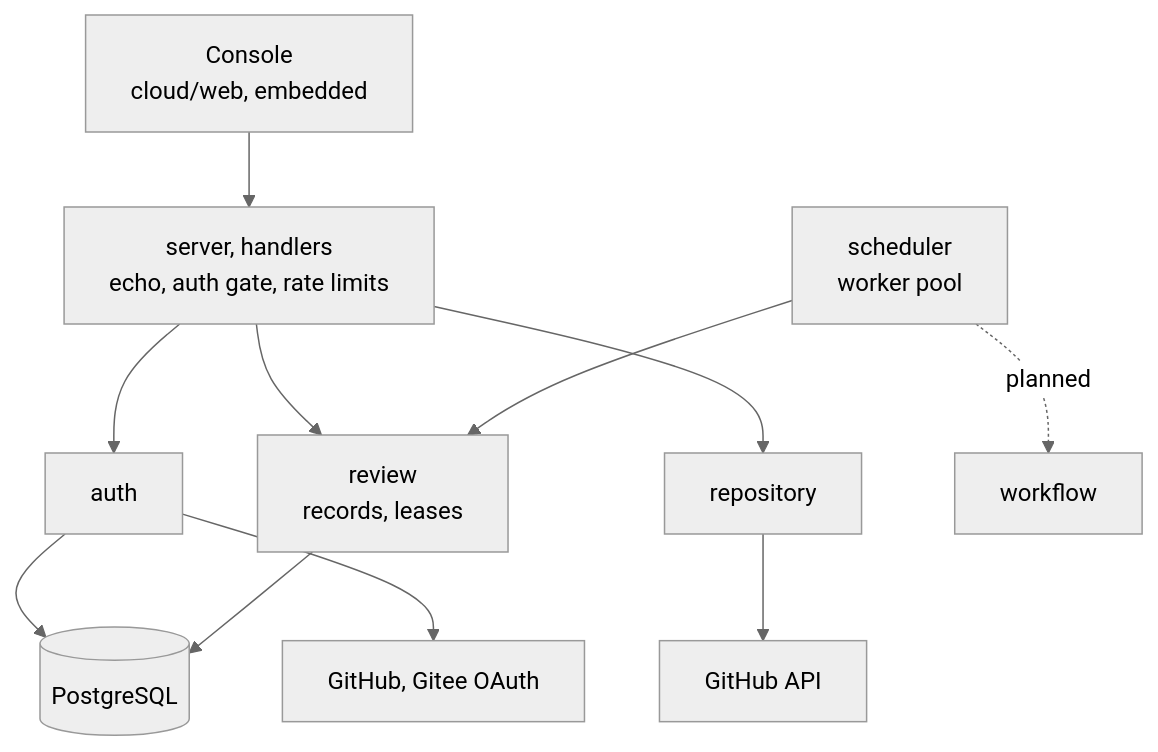
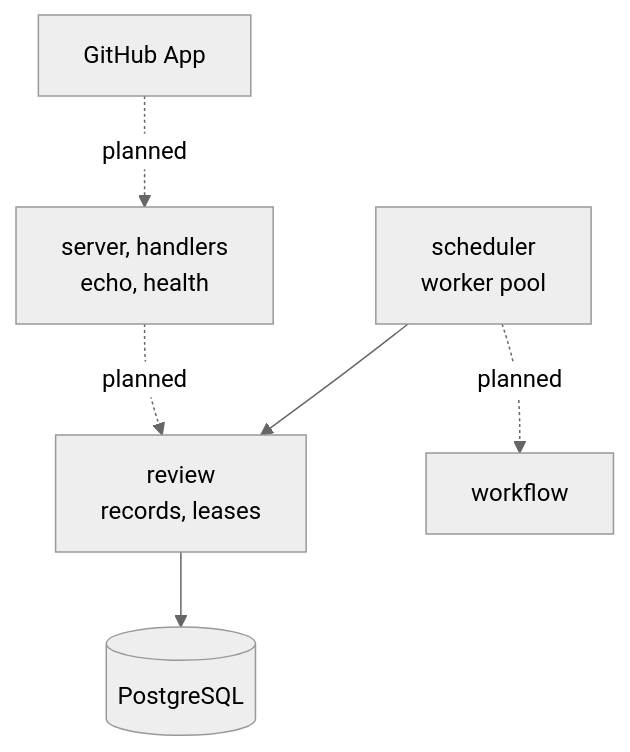
The first of 3 diagrams in docs/cloud/SERVER.md (Pleasurecruise/eyeful), drawn with Mermaid (neutral theme) before and after one commit. The commit also changed other lines of this file and 190 other files, not shown here.

First line of the commit message:
refactor!: trim the cloud to a webhook-ready server in the root module

````diff
--- a/docs/cloud/SERVER.md
+++ b/docs/cloud/SERVER.md
@@ -10,10 +12,8 @@
 ```mermaid
 flowchart TB
-    console["Console<br/>cloud/web, embedded"] --> server["server, handlers<br/>echo, auth gate, rate limits"]
-    server --> auth["auth"] & review["review<br/>records, leases"] & repository["repository"]
+    github["GitHub App"] -.->|planned| server["server, handlers<br/>echo, health"]
+    server -.->|planned| review["review<br/>records, leases"]
     scheduler["scheduler<br/>worker pool"] --> review
-    auth & review --> pg[("PostgreSQL")]
-    repository --> github["GitHub API"]
-    auth --> providers["GitHub, Gitee OAuth"]
+    review --> pg[("PostgreSQL")]
     scheduler -.->|planned| workflow["workflow"]
 ```
````
